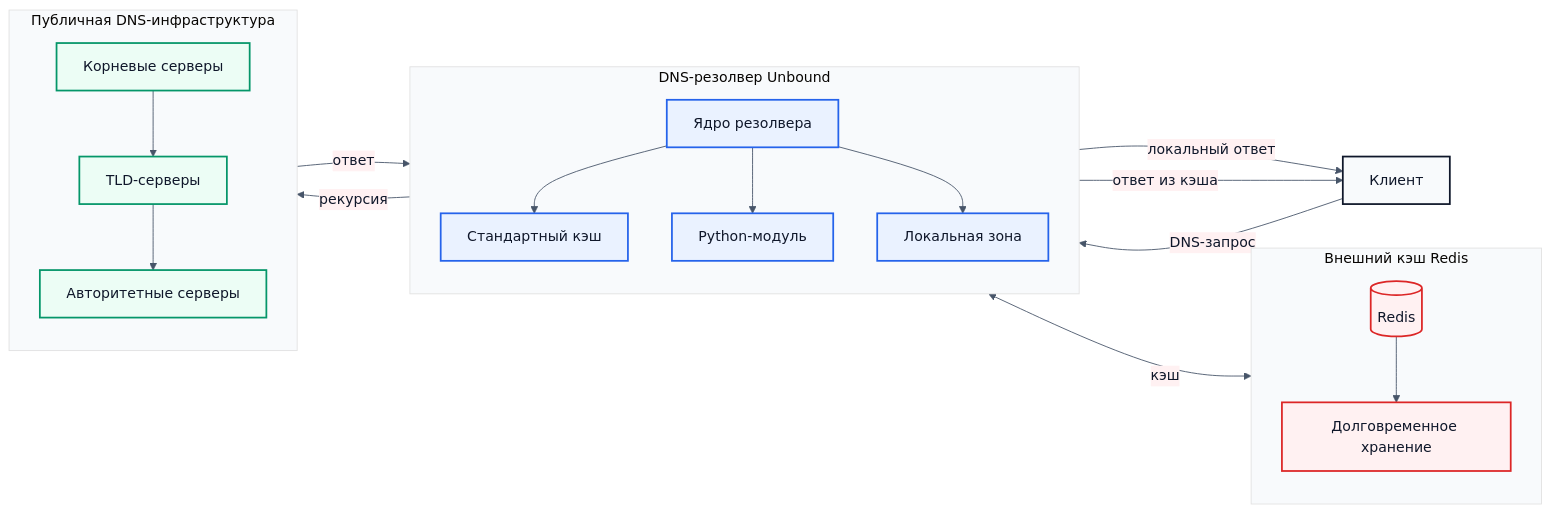
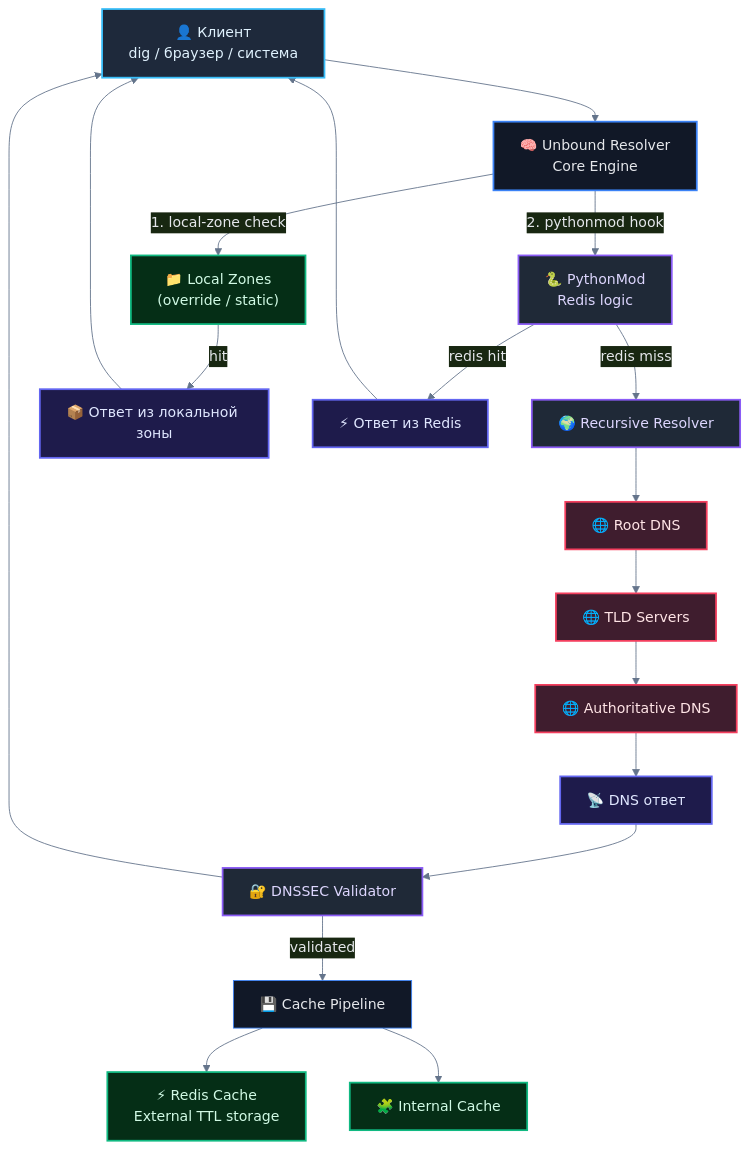
The diagram in README.md (Samoilov2004/dns-cache-project), drawn with Mermaid before and after one commit. The commit also changed other lines of this file, not shown here.

Commit message:
new mermaid scheme

````diff
--- a/README.md
+++ b/README.md
@@ -23,62 +30,86 @@
 %%{init: {
   "theme": "base",
   "themeVariables": {
-    "background": "#ffffff",
-    "primaryColor": "#EAF2FF",
-    "primaryTextColor": "#0F172A",
-    "primaryBorderColor": "#2563EB",
-    "lineColor": "#475569",
-    "secondaryColor": "#FFF1F2",
-    "tertiaryColor": "#F8FAFC",
+    "background": "#0B1220",
+    "primaryColor": "#111827",
+    "primaryTextColor": "#E5E7EB",
+    "primaryBorderColor": "#3B82F6",
+    "lineColor": "#64748B",
     "fontFamily": "Inter, Arial, sans-serif",
     "fontSize": "16px"
   }
 }}%%
 
-flowchart LR
-    client["Клиент"]
+flowchart TD
 
-    subgraph unbound["DNS-резолвер Unbound"]
-        direction TB
-        u0["Ядро резолвера"]
-        u1["Стандартный кэш"]
-        u2["Python-модуль"]
-        u3["Локальная зона"]
-    end
+    %% CLIENT
+    CLIENT["👤 Клиент<br/>dig / браузер / система"]
 
-    subgraph redis["Внешний кэш Redis"]
-        direction TB
-        r1[("Redis")]
-        r2["Долговременное хранение"]
-    end
+    %% ENTRY
+    UNBOUND["🧠 Unbound Resolver<br/>Core Engine"]
 
-    subgraph publicdns["Публичная DNS-инфраструктура"]
-        direction TB
-        p1["Корневые серверы"]
-        p2["TLD-серверы"]
-        p3["Авторитетные серверы"]
-    end
+    %% MODULES
+    PYMOD["🐍 PythonMod<br/>Redis logic"]
+    VALIDATOR["🔐 DNSSEC Validator"]
+    ITERATOR["🌍 Recursive Resolver"]
 
-    client -->|"DNS-запрос"| u0
-    u0 --> u1
-    u0 --> u2
-    u0 --> u3
-    u2 <-->|"кэш"| r1
-    r1 --> r2
-    u0 -->|"рекурсия"| p1
-    p1 --> p2
-    p2 --> p3
-    p3 -->|"ответ"| u0
-    u3 -->|"локальный ответ"| client
-    u1 -->|"ответ из кэша"| client
+    %% DATA SOURCES
+    LOCAL["📁 Local Zones<br/>(override / static)"]
+    REDIS["⚡ Redis Cache<br/>External TTL storage"]
 
-    classDef clientStyle fill:#F8FAFC,stroke:#0F172A,stroke-width:2px,color:#0F172A;
-    classDef unboundStyle fill:#EAF2FF,stroke:#2563EB,stroke-width:2px,color:#0F172A;
-    classDef redisStyle fill:#FFF1F2,stroke:#DC2626,stroke-width:2px,color:#0F172A;
-    classDef dnsStyle fill:#ECFDF5,stroke:#059669,stroke-width:2px,color:#0F172A;
+    ROOT["🌐 Root DNS"]
+    TLD["🌐 TLD Servers"]
+    AUTH["🌐 Authoritative DNS"]
 
-    class client clientStyle;
-    class u0,u1,u2,u3 unboundStyle;
-    class r1,r2 redisStyle;
-    class p1,p2,p3 dnsStyle;
+    %% FLOW
+
+    CLIENT --> UNBOUND
+
+    %% LOCAL ZONE CHECK
+    UNBOUND -->|1. local-zone check| LOCAL
+    LOCAL -->|hit| RESPONSE_LOCAL["📦 Ответ из локальной зоны"]
+
+    %% PYTHONMOD
+    UNBOUND -->|2. pythonmod hook| PYMOD
+    PYMOD -->|redis hit| RESPONSE_REDIS["⚡ Ответ из Redis"]
+    PYMOD -->|redis miss| ITERATOR
+
+    %% RECURSION
+    ITERATOR --> ROOT
+    ROOT --> TLD
+    TLD --> AUTH
+    AUTH --> RESPONSE_AUTH["📡 DNS ответ"]
+
+    %% DNSSEC
+    RESPONSE_AUTH --> VALIDATOR
+    VALIDATOR -->|validated| CACHE_STORE
+
+    %% STORE
+    CACHE_STORE["💾 Cache Pipeline"] --> REDIS
+    CACHE_STORE --> UNBOUND_CACHE["🧩 Internal Cache"]
+
+    %% RETURN
+    RESPONSE_LOCAL --> CLIENT
+    RESPONSE_REDIS --> CLIENT
+    VALIDATOR --> CLIENT
+
+    %% STYLES
+
+    classDef client fill:#1E293B,stroke:#38BDF8,stroke-width:2px,color:#E0F2FE;
+    classDef core fill:#111827,stroke:#3B82F6,stroke-width:2px,color:#E5E7EB;
+    classDef module fill:#1F2937,stroke:#8B5CF6,stroke-width:2px,color:#DDD6FE;
+    classDef data fill:#052E16,stroke:#10B981,stroke-width:2px,color:#D1FAE5;
+    classDef ext fill:#3F1D2E,stroke:#F43F5E,stroke-width:2px,color:#FFE4E6;
+    classDef result fill:#1E1B4B,stroke:#6366F1,stroke-width:2px,color:#E0E7FF;
+
+    class CLIENT client;
+    class UNBOUND core;
+
+    class PYMOD,VALIDATOR,ITERATOR module;
+
+    class LOCAL,REDIS,UNBOUND_CACHE data;
+
+    class ROOT,TLD,AUTH ext;
+
+    class RESPONSE_LOCAL,RESPONSE_REDIS,RESPONSE_AUTH result;
 ```
````
